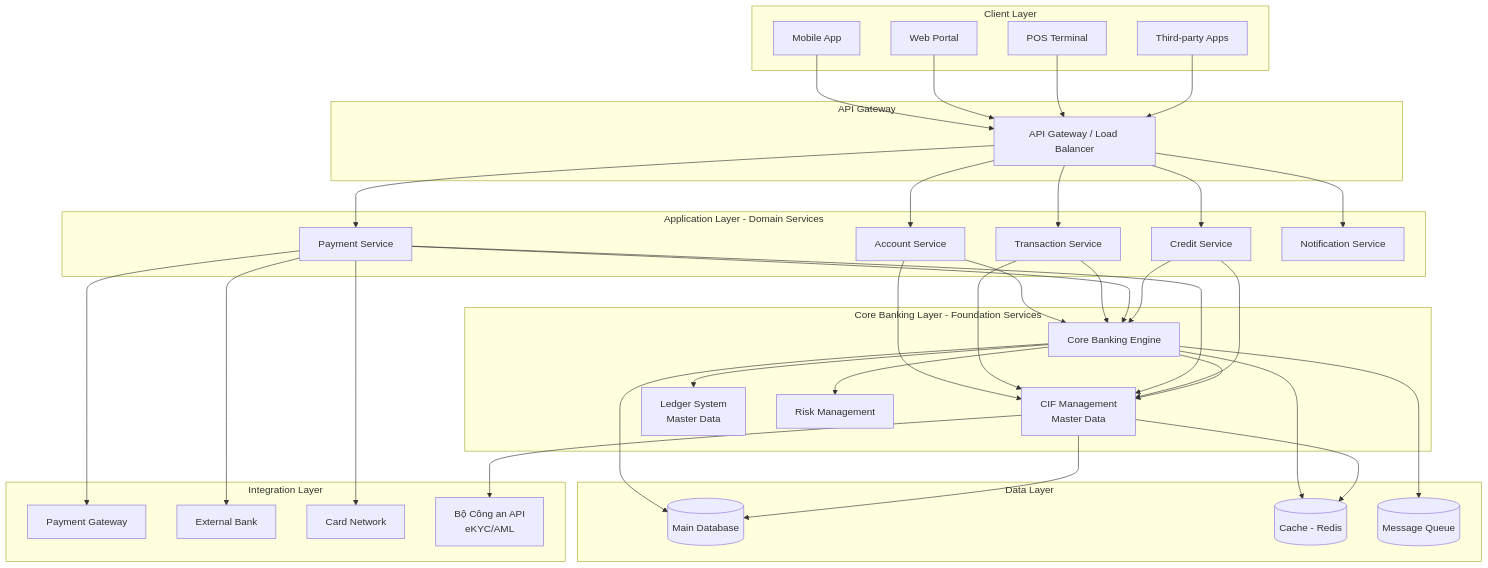
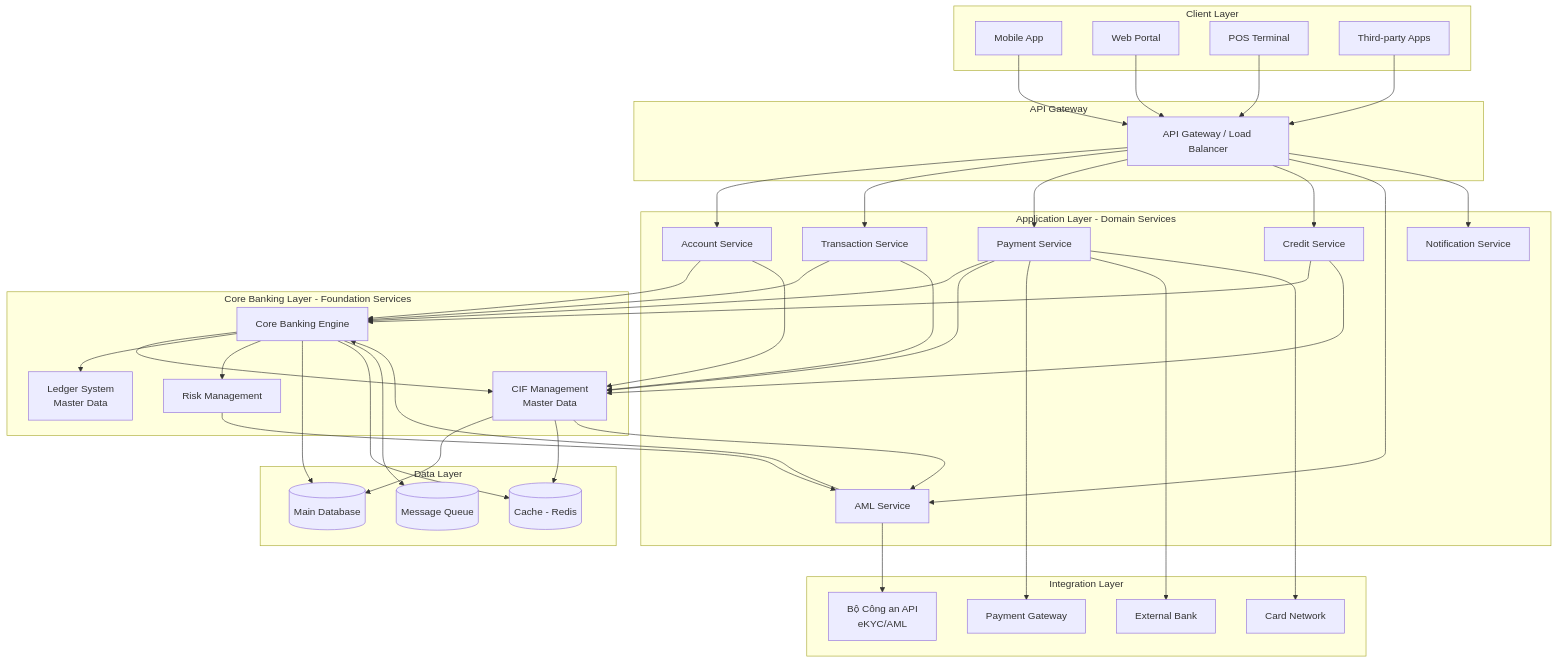
Before and after one commit to PhuMBT/eWallet_CBS: the first of 5 diagrams in docs/cbs-sdk-finance/02-architecture.md, drawn with Mermaid. The commit also changed other lines of this file, not shown here.

First line of the commit message:
feat(architecture): Add AML Service to Application Layer

````diff
--- a/docs/cbs-sdk-finance/02-architecture.md
+++ b/docs/cbs-sdk-finance/02-architecture.md
@@ -14,76 +14,82 @@
 ```mermaid
 graph TB
     subgraph "Client Layer"
         A[Mobile App]
         B[Web Portal]
         C[POS Terminal]
         D[Third-party Apps]
     end
     
     subgraph "API Gateway"
         E[API Gateway / Load Balancer]
     end
     
     subgraph "Application Layer - Domain Services"
         F[Account Service]
         G[Transaction Service]
         H[Payment Service]
         I[Credit Service]
+        I1[AML Service]
         J1[Notification Service]
     end
     
     subgraph "Core Banking Layer - Foundation Services"
         K[Core Banking Engine]
         K1[CIF Management<br/>Master Data]
         L[Ledger System<br/>Master Data]
         M[Risk Management]
     end
     
     subgraph "Data Layer"
         N[(Main Database)]
         O[(Cache - Redis)]
         P[(Message Queue)]
     end
     
     subgraph "Integration Layer"
         Q[Payment Gateway]
         R[External Bank]
         S[Card Network]
         T[Bộ Công an API<br/>eKYC/AML]
     end
     
     A --> E
     B --> E
     C --> E
     D --> E
     E --> F
     E --> G
     E --> H
     E --> I
+    E --> I1
     E --> J1
     
     F --> K
     G --> K
     H --> K
     I --> K
+    I1 --> K
     
     F --> K1
     G --> K1
     H --> K1
     I --> K1
     
     K --> K1
     K --> L
     K --> M
     K --> N
     K --> O
     K --> P
     
     K1 --> N
     K1 --> O
-    K1 --> T
+    K1 --> I1
+    
+    I1 --> T
+    M --> I1
     
     H --> Q
     H --> R
     H --> S
 ```
````
